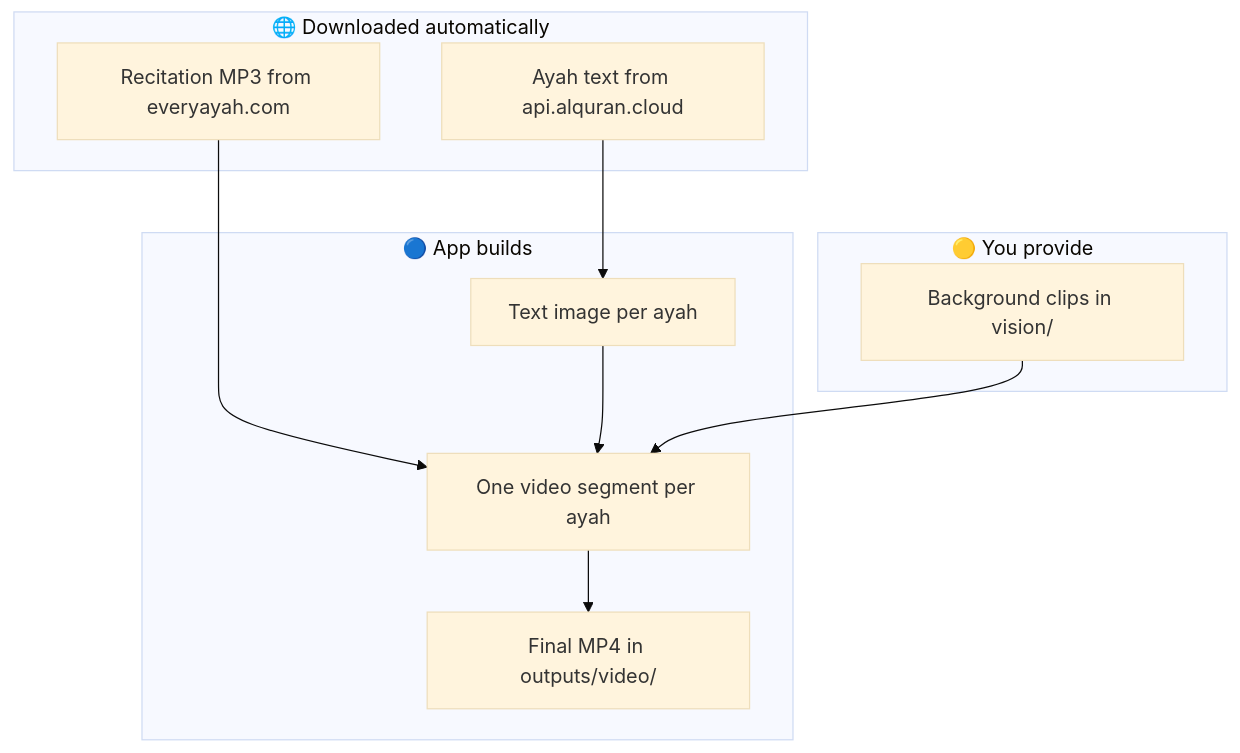
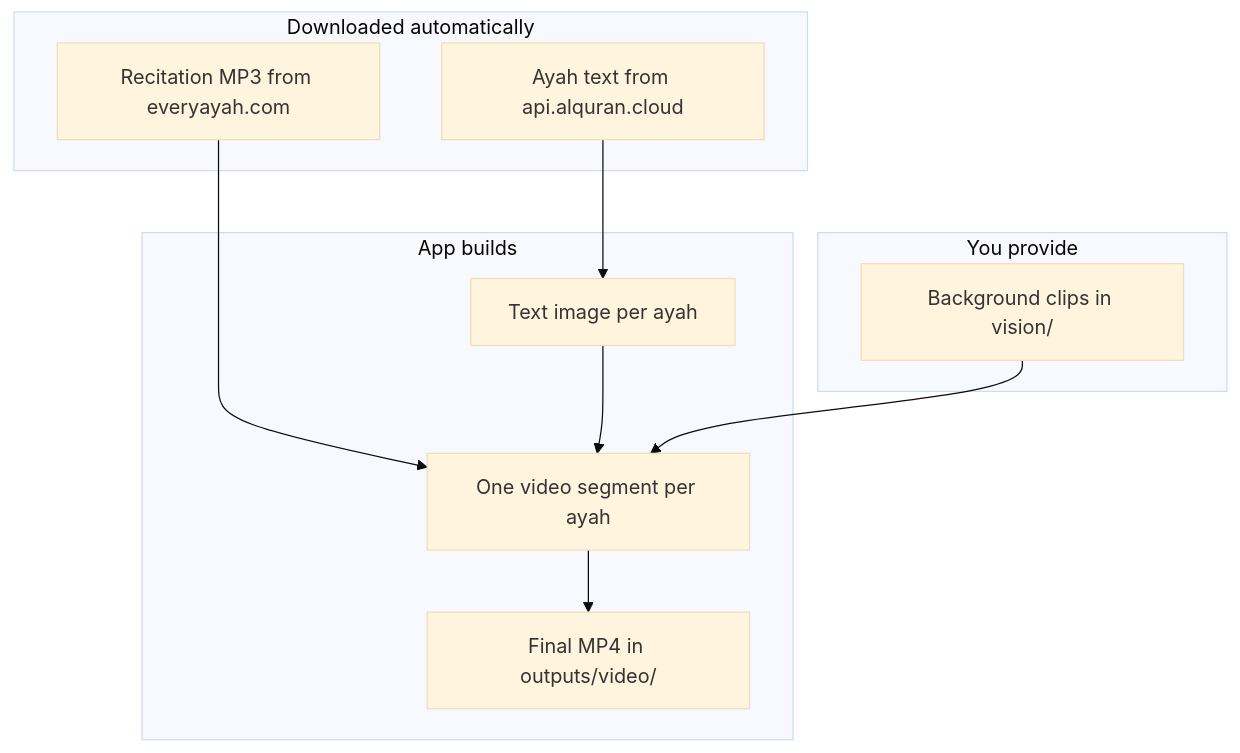
Before and after one commit to ahmadabdallahh/Quran-Reel-Generator: the second of 3 diagrams in README.md, drawn with Mermaid (base theme). The commit also changed other lines of this file, not shown here.

````diff
--- a/README.md
+++ b/README.md
@@ -118,17 +116,17 @@
 ```mermaid
 flowchart TB
-    subgraph YOU["🟡 You provide"]
+    subgraph YOU["You provide"]
         BG[Background clips in vision/]
     end
-    subgraph NET["🌐 Downloaded automatically"]
+    subgraph NET["Downloaded automatically"]
         AU[Recitation MP3 from everyayah.com]
         TX[Ayah text from api.alquran.cloud]
     end
-    subgraph APP["🔵 App builds"]
+    subgraph APP["App builds"]
         AU --> SEG[One video segment per ayah]
         TX --> PNG[Text image per ayah]
         PNG --> SEG
         BG --> SEG
         SEG --> MP4[Final MP4 in outputs/video/]
     end
 ```
````
